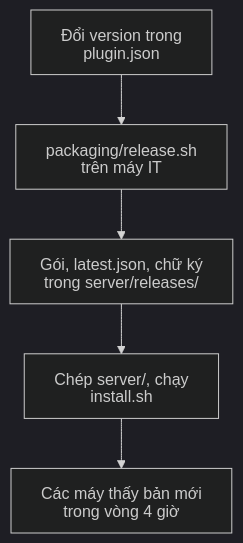
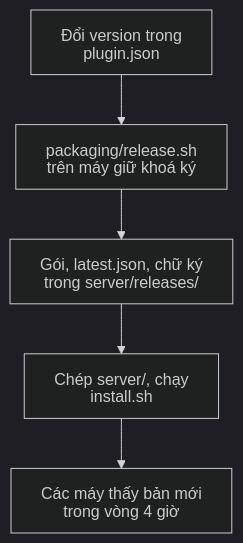
The eighth of 8 diagrams in docs/ARCHITECTURE.vi.md (anhle9x/ai-worker), drawn with Mermaid (dark theme) before and after one commit. The commit also changed other lines of this file and 43 other files, not shown here.

````diff
--- a/docs/ARCHITECTURE.vi.md
+++ b/docs/ARCHITECTURE.vi.md
@@ -262,8 +262,8 @@
 ```mermaid
 %%{init: {"htmlLabels": false, "flowchart": {"htmlLabels": false}}}%%
 flowchart TD
-  Version["Đổi version trong plugin.json"] --> Release["packaging/release.sh<br/>trên máy IT"]
+  Version["Đổi version trong plugin.json"] --> Release["packaging/release.sh<br/>trên máy giữ khoá ký"]
   Release --> Signed["Gói, latest.json, chữ ký<br/>trong server/releases/"]
   Signed --> Install["Chép server/, chạy install.sh"]
   Install --> Fetch["Các máy thấy bản mới trong vòng 4 giờ"]
 ```
````
